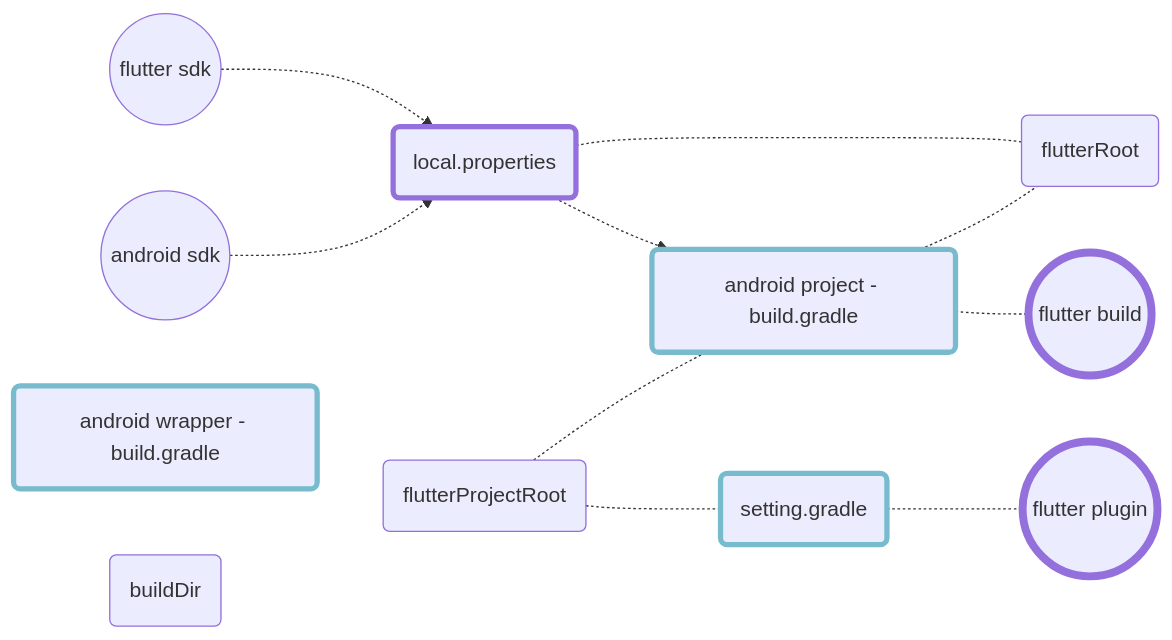
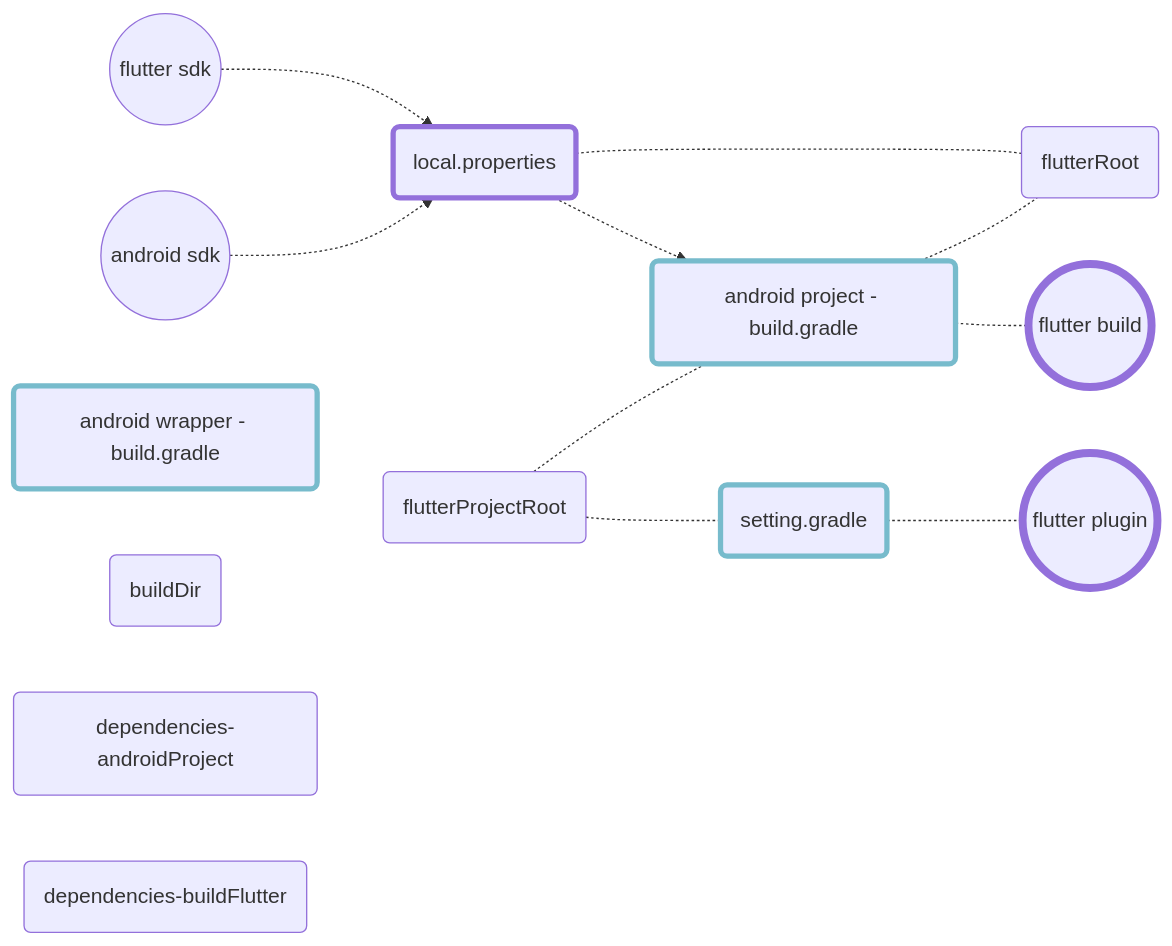
One commit to gordianknotC/nxp_note changed the second of 3 diagrams in flutter/addAndroidProjIntoFlutter.md. Above: the diagram before and after it, drawn with Mermaid. The commit also changed other lines of this file, not shown here.

Commit message:
flutter/addAndroidProjIntoFlutter.md updated from https://stackedit.io/

````diff
--- a/flutter/addAndroidProjIntoFlutter.md
+++ b/flutter/addAndroidProjIntoFlutter.md
@@ -241,32 +241,35 @@
 ```mermaid
 graph LR
 	fdk((flutter sdk))
 	adk((android sdk))
+	
 	fbuild((flutter build))
 	fpgn((flutter plugin))
 	loc(local.properties)
 	style loc stroke-width:4px   
 	style fbuild stroke-width:6px   
 	style fpgn stroke-width:6px 
 	
 	set(setting.gradle)
 	b1(android wrapper - build.gradle)
 	b2(android project - build.gradle)
 	style b1 stroke-width:4px, stroke:#7bc
 	style b2 stroke-width:4px, stroke:#7bc
 	style set stroke-width:4px, stroke:#7bc
 
 	dfr(flutterRoot)
 	dfp(flutterProjectRoot)
 	dfb(buildDir)
+	dandroid(dependencies-androidProject)
+	dflutter(dependencies-buildFlutter)
 	
 	fdk -.-> loc
 	adk -.-> loc
 	loc -.-> b2
 	loc -.- dfr
 	b2 -.- dfr
 	dfp -.- b2
 	dfp -.- set
 	set -.- fpgn
 	b2 -.- fbuild
 ```
````
